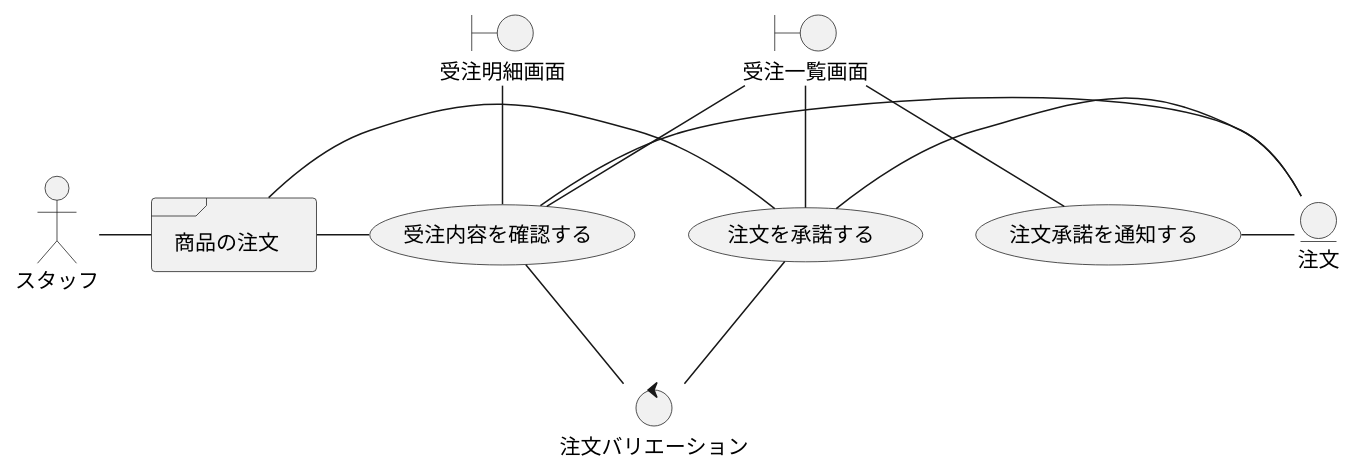
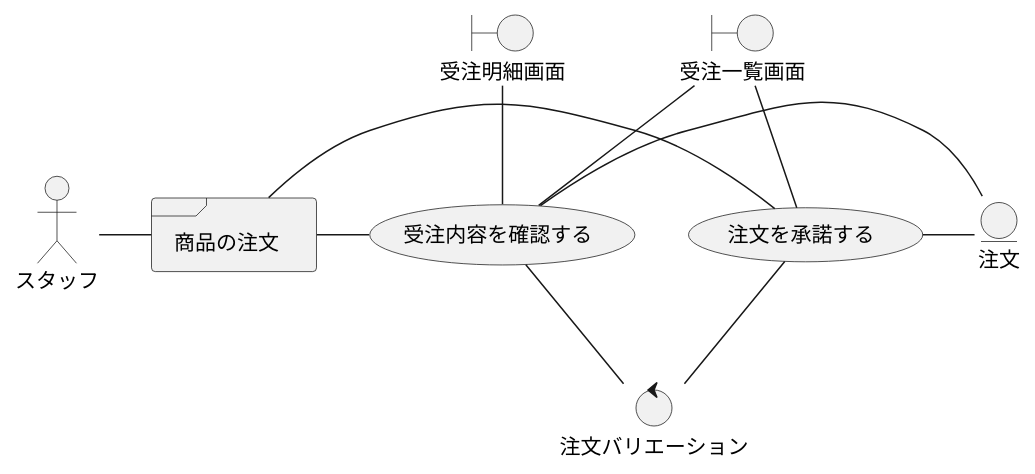
Diagram 23 of 36 in docs/index.adoc (k2works/application_programing_excercise_2022), drawn with PlantUML before and after one commit. The commit also changed other lines of this file, not shown here.

Commit message:
docs: ユースケース複合図

```diff
--- a/docs/index.adoc
+++ b/docs/index.adoc
@@ -730,26 +755,23 @@
 [plantuml]
 ----
 @startuml
 actor "スタッフ" as ac_01
 frame "商品の注文" as f01
 usecase "受注内容を確認する" as UC1
 usecase "注文を承諾する" as UC2
-usecase "注文承諾を通知する" as UC3
 boundary "受注一覧画面" as b01
 boundary "受注明細画面" as b02
 entity "注文" as e01
 control "注文バリエーション" as c01
 
 ac_01 - f01
 f01 - UC1
 f01 - UC2
 b01 -- UC1
 b02-- UC1
 b01 -- UC2
-b01 -- UC3
 UC1 - e01
 UC2 - e01
-UC3 - e01
 UC1 -- c01
 UC2 -- c01
 ----
```
